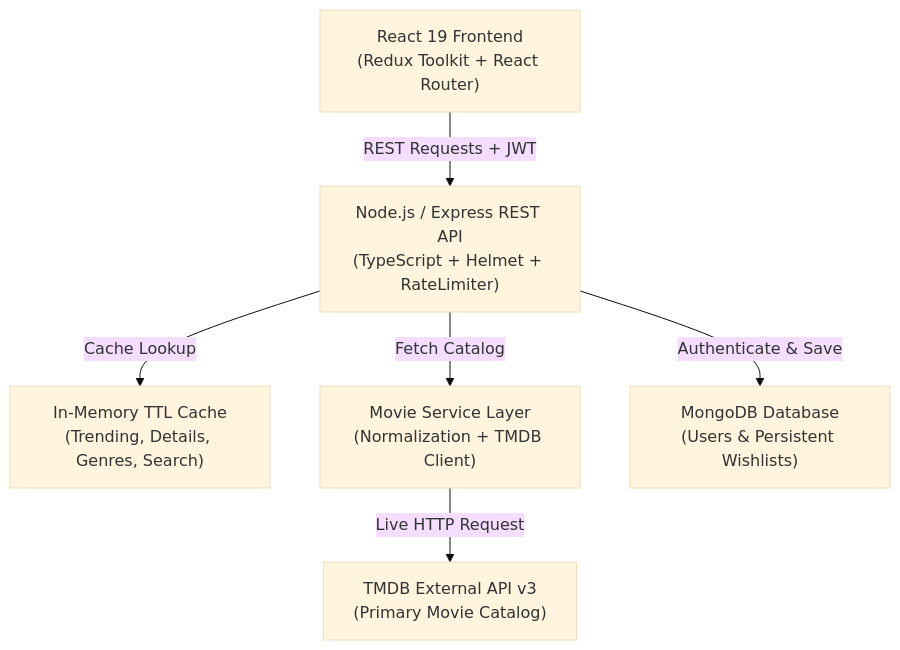
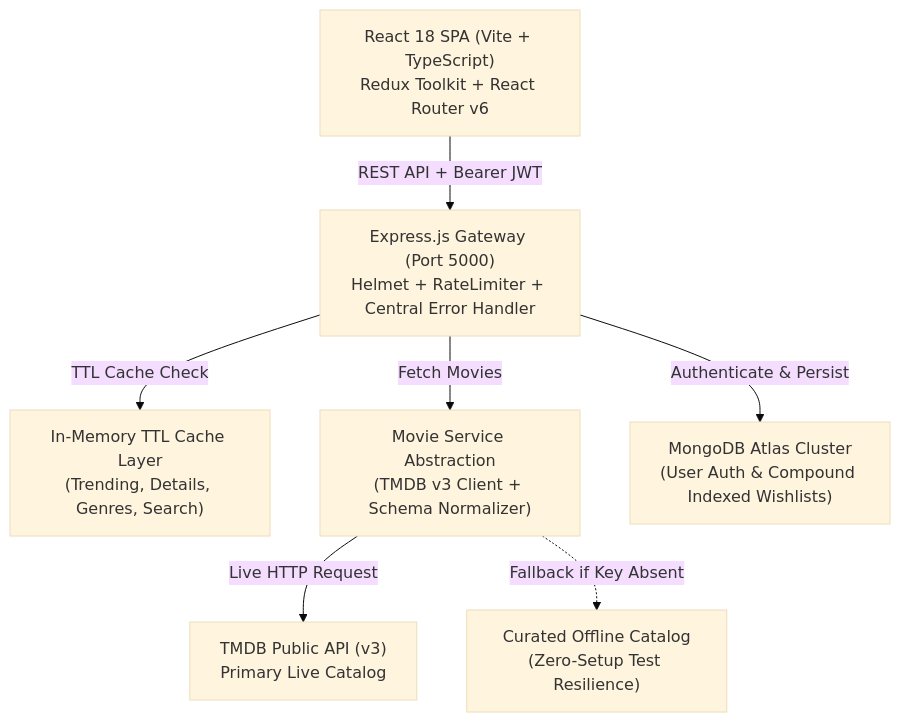
Before and after one commit to TumpilliManikanta702/CineScope: the diagram in README.md, drawn with Mermaid (base theme). The commit also changed other lines of this file and 15 other files, not shown here.

````diff
--- a/README.md
+++ b/README.md
@@ -12,15 +38,17 @@
 ```mermaid
 graph TD
-    Client["React 19 Frontend<br/>(Redux Toolkit + React Router)"]
-    API["Node.js / Express REST API<br/>(TypeScript + Helmet + RateLimiter)"]
-    Cache["In-Memory TTL Cache<br/>(Trending, Details, Genres, Search)"]
-    MovieService["Movie Service Layer<br/>(Normalization + TMDB Client)"]
-    TMDB["TMDB External API v3<br/>(Primary Movie Catalog)"]
-    MongoDB["MongoDB Database<br/>(Users & Persistent Wishlists)"]
+    Client["React 18 SPA (Vite + TypeScript)<br/>Redux Toolkit + React Router v6"]
+    API["Express.js Gateway (Port 5000)<br/>Helmet + RateLimiter + Central Error Handler"]
+    Cache["In-Memory TTL Cache Layer<br/>(Trending, Details, Genres, Search)"]
+    MovieService["Movie Service Abstraction<br/>(TMDB v3 Client + Schema Normalizer)"]
+    TMDB["TMDB Public API (v3)<br/>Primary Live Catalog"]
+    FallbackCatalog["Curated Offline Catalog<br/>(Zero-Setup Test Resilience)"]
+    MongoDB["MongoDB Atlas Cluster<br/>(User Auth & Compound Indexed Wishlists)"]
 
-    Client -->|REST Requests + JWT| API
-    API -->|Authenticate & Save| MongoDB
-    API -->|Cache Lookup| Cache
-    API -->|Fetch Catalog| MovieService
+    Client -->|REST API + Bearer JWT| API
+    API -->|Authenticate & Persist| MongoDB
+    API -->|TTL Cache Check| Cache
+    API -->|Fetch Movies| MovieService
     MovieService -->|Live HTTP Request| TMDB
+    MovieService -.->|Fallback if Key Absent| FallbackCatalog
 ```
````
